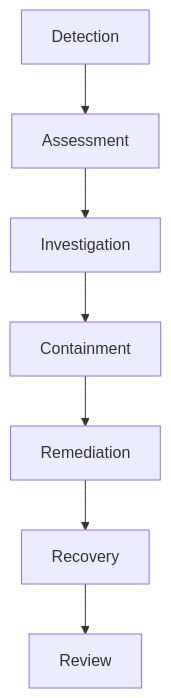
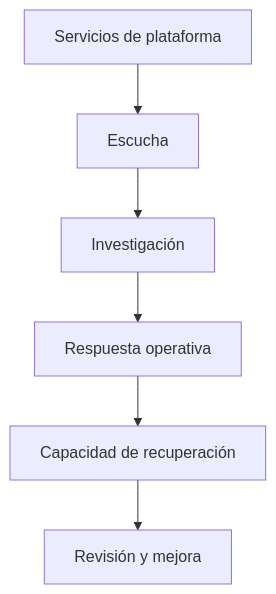
The diagram in es/infrastructure/operations-resilience.mdx (enigm-llc/docs), drawn with Mermaid before and after one commit. The commit also changed other lines of this file and 43 other files, not shown here.

````diff
--- a/es/infrastructure/operations-resilience.mdx
+++ b/es/infrastructure/operations-resilience.mdx
@@ -20,12 +17,15 @@
 ```mermaid
 flowchart TD
-  Detection["Detection"]
-  Assessment["Assessment"]
-  Investigation["Investigation"]
-  Containment["Containment"]
-  Remediation["Remediation"]
-  Recovery["Recovery"]
-  Review["Review"]
+  Services["Servicios de plataforma"]
+  Monitoring["Escucha"]
+  Investigation["Investigación"]
+  Response["Respuesta operativa"]
+  Recovery["Capacidad de recuperación"]
+  Review["Revisión y mejora"]
 
-  Detection --> Assessment --> Investigation --> Containment --> Remediation --> Recovery --> Review
+  Services --> Monitoring
+  Monitoring --> Investigation
+  Investigation --> Response
+  Response --> Recovery
+  Recovery --> Review
 ```
````
